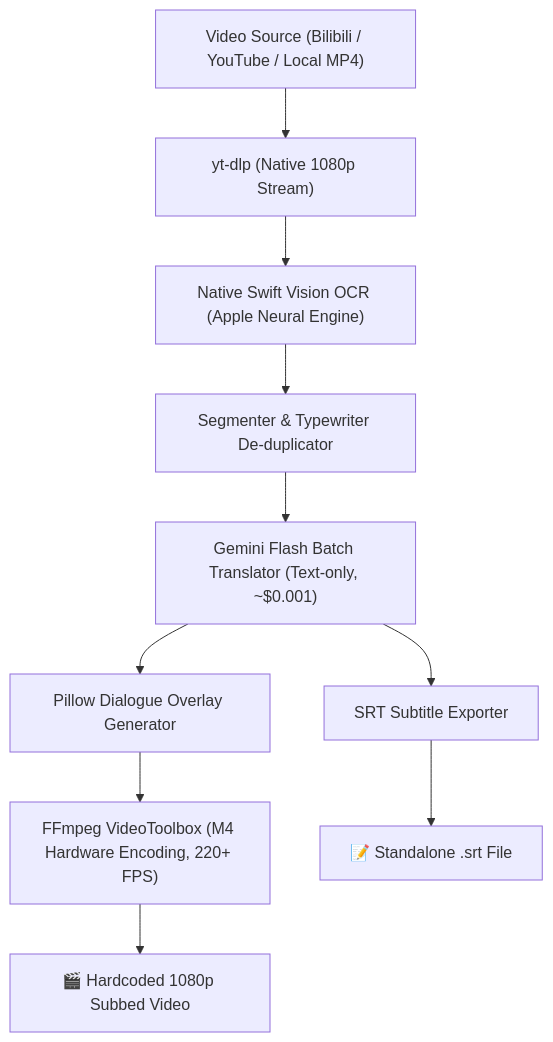
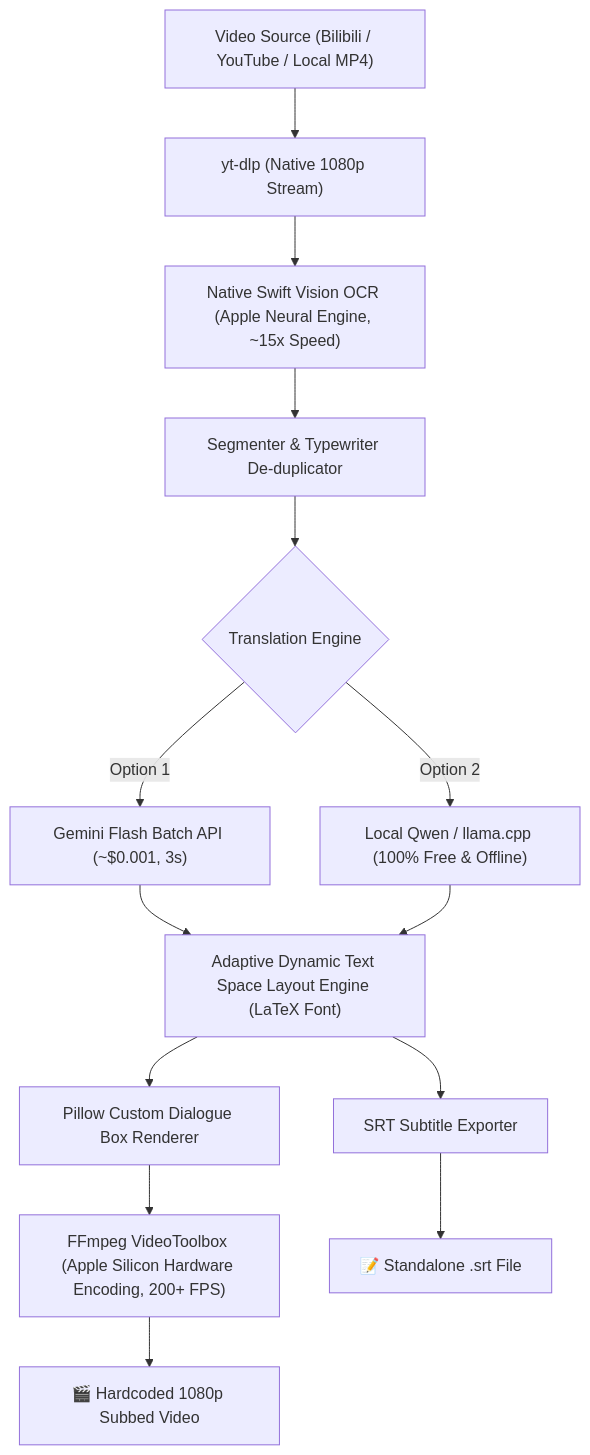
The diagram in README.md (Yugendren/vn-video-translator), drawn with Mermaid before and after one commit. The commit also changed other lines of this file and 12 other files, not shown here.

Commit message:
Add LaTeX typography, dynamic auto-fitting layout, Option 1 & 2 dual engine, universal lore system, and --about guide

````diff
--- a/README.md
+++ b/README.md
@@ -111,12 +149,15 @@
 ```mermaid
 flowchart TD
     A["Video Source (Bilibili / YouTube / Local MP4)"] --> B["yt-dlp (Native 1080p Stream)"]
-    B --> C["Native Swift Vision OCR (Apple Neural Engine)"]
+    B --> C["Native Swift Vision OCR (Apple Neural Engine, ~15x Speed)"]
     C --> D["Segmenter & Typewriter De-duplicator"]
-    D --> E["Gemini Flash Batch Translator (Text-only, ~$0.001)"]
-    E --> F["Pillow Dialogue Overlay Generator"]
-    E --> G["SRT Subtitle Exporter"]
-    F --> H["FFmpeg VideoToolbox (M4 Hardware Encoding, 220+ FPS)"]
-    H --> I["🎬 Hardcoded 1080p Subbed Video"]
-    G --> J["📝 Standalone .srt File"]
+    D --> E{"Translation Engine"}
+    E -->|"Option 1"| F["Gemini Flash Batch API (~$0.001, 3s)"]
+    E -->|"Option 2"| G["Local Qwen / llama.cpp (100% Free & Offline)"]
+    F & G --> H["Adaptive Dynamic Text Space Layout Engine (LaTeX Font)"]
+    H --> I["Pillow Custom Dialogue Box Renderer"]
+    H --> J["SRT Subtitle Exporter"]
+    I --> K["FFmpeg VideoToolbox (Apple Silicon Hardware Encoding, 200+ FPS)"]
+    K --> L["🎬 Hardcoded 1080p Subbed Video"]
+    J --> M["📝 Standalone .srt File"]
 ```
````
